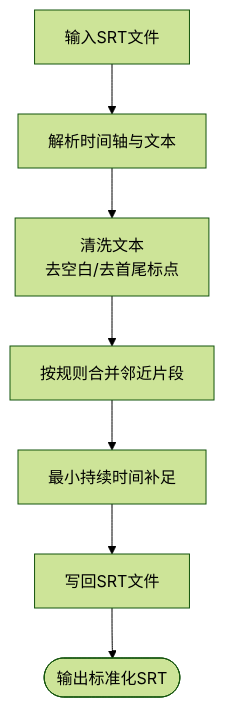
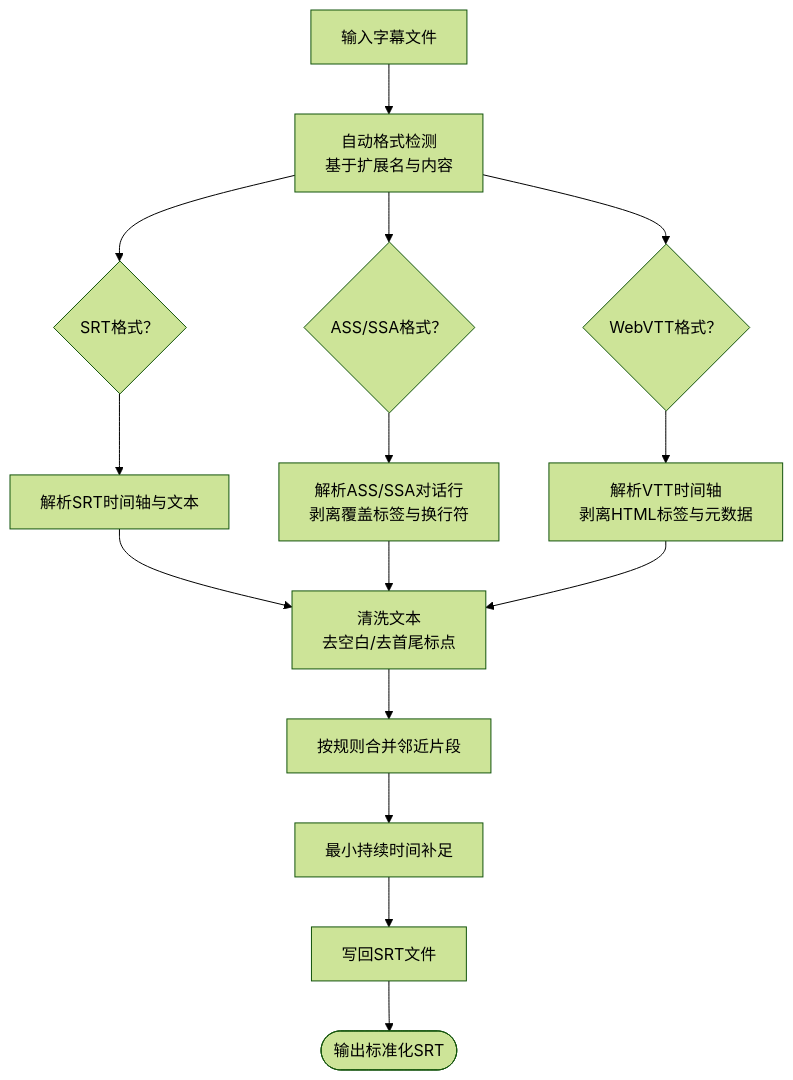
Before and after one commit to wowoduang/AIVideoClaude: the fifth of 10 diagrams in .qoder/repowiki/zh/content/核心功能/字幕处理系统/字幕处理系统.md, drawn with Mermaid (forest theme). The commit also changed other lines of this file and 32 other files, not shown here.

````diff
--- a/.qoder/repowiki/zh/content/核心功能/字幕处理系统/字幕处理系统.md
+++ b/.qoder/repowiki/zh/content/核心功能/字幕处理系统/字幕处理系统.md
@@ -235,9 +231,17 @@
 ```mermaid
 flowchart TD
-SRT["输入SRT文件"] --> Parse["解析时间轴与文本"]
-Parse --> Clean["清洗文本<br/>去空白/去首尾标点"]
+Format["输入字幕文件"] --> Detect["自动格式检测<br/>基于扩展名与内容"]
+Detect --> SRT{"SRT格式？"}
+Detect --> ASS{"ASS/SSA格式？"}
+Detect --> VTT{"WebVTT格式？"}
+SRT --> ParseSRT["解析SRT时间轴与文本"]
+ASS --> ParseASS["解析ASS/SSA对话行<br/>剥离覆盖标签与换行符"]
+VTT --> ParseVTT["解析VTT时间轴<br/>剥离HTML标签与元数据"]
+ParseSRT --> Clean["清洗文本<br/>去空白/去首尾标点"]
+ParseASS --> Clean
+ParseVTT --> Clean
 Clean --> Merge["按规则合并邻近片段"]
 Merge --> DurFix["最小持续时间补足"]
 DurFix --> Dump["写回SRT文件"]
 Dump --> Out(["输出标准化SRT"])
 ```
````
